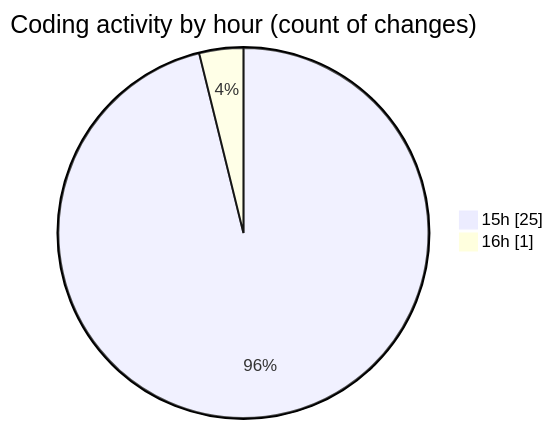
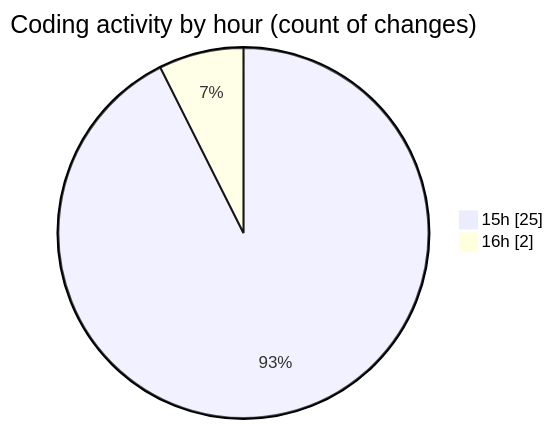
One commit to donsfak/code-tracking changed the second of 2 diagrams in 2025-02-16/uber_clone_v1/README.md. Above: the diagram before and after it, drawn with Mermaid. The commit also changed other lines of this file and 1 other file, not shown here.

````diff
--- a/2025-02-16/uber_clone_v1/README.md
+++ b/2025-02-16/uber_clone_v1/README.md
@@ -38,6 +40,6 @@
 ```mermaid
 pie showData
 title Coding activity by hour (count of changes)
 "15h" : 25
-"16h" : 1
+"16h" : 2
 ```
````
